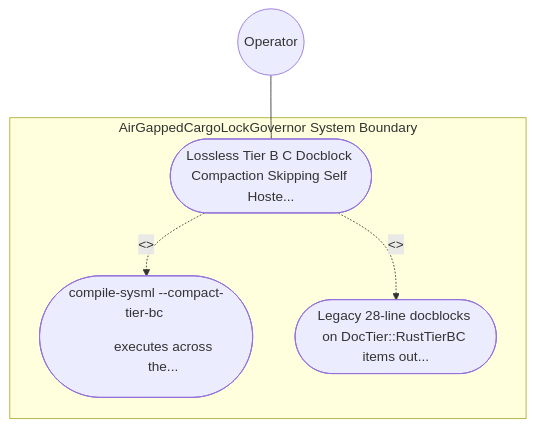
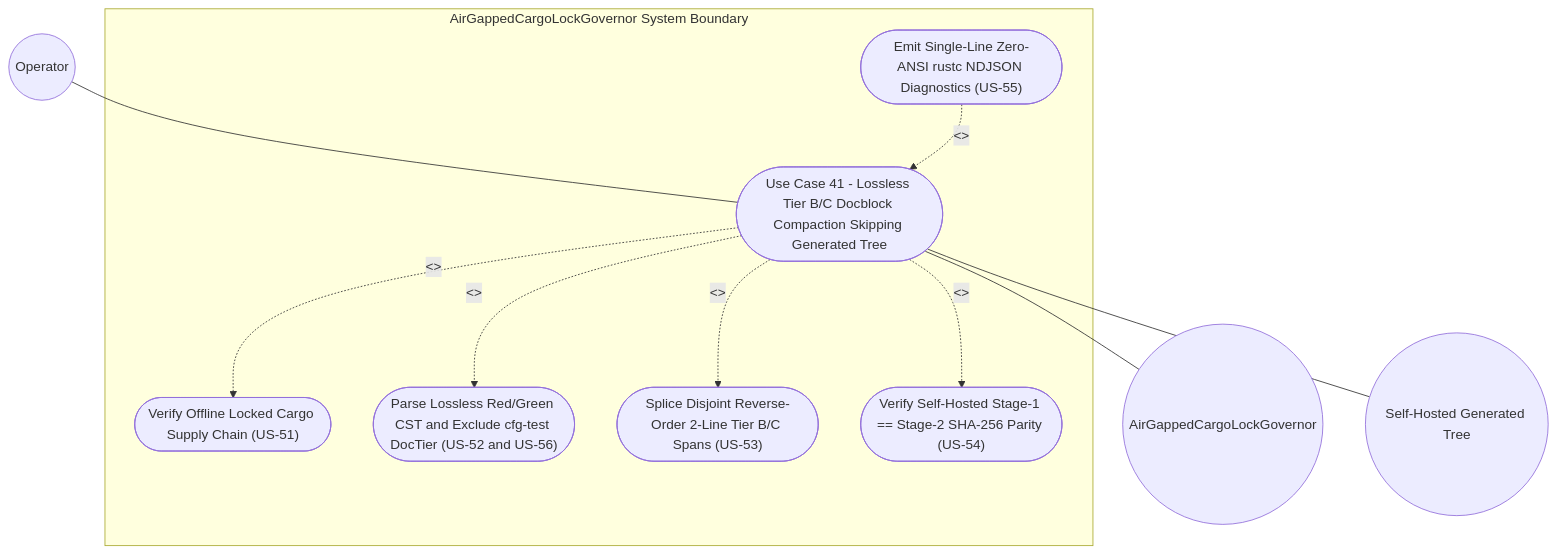
The diagram in .pipeline/upstream/docs/use-cases/UC-41-Lossless_Tier_B_C_Docblock_Compaction_Skipping_Self_Hosted_Generated_Modules.md (gintatkinson/DEAP01-spec-core), drawn with Mermaid before and after one commit. The commit also changed other lines of this file and 3 other files, not shown here.

````diff
--- a/.pipeline/upstream/docs/use-cases/UC-41-Lossless_Tier_B_C_Docblock_Compaction_Skipping_Self_Hosted_Generated_Modules.md
+++ b/.pipeline/upstream/docs/use-cases/UC-41-Lossless_Tier_B_C_Docblock_Compaction_Skipping_Self_Hosted_Generated_Modules.md
@@ -16,11 +22,19 @@
 ```mermaid
 graph TD
     subgraph "AirGappedCargoLockGovernor System Boundary"
-        UC_Main(["Lossless Tier B C Docblock Compaction Skipping Self Hoste..."])
-        UC_Step01(["compile-sysml --compact-tier-bc <DIR> executes across the..."])
-        UC_Step02(["Legacy 28-line docblocks on DocTier::RustTierBC items out..."])
+        UC41(["Use Case 41 - Lossless Tier B/C Docblock Compaction Skipping Generated Tree"])
+        UC_Lock(["Verify Offline Locked Cargo Supply Chain (US-51)"])
+        UC_Scan(["Parse Lossless Red/Green CST and Exclude cfg-test DocTier (US-52 and US-56)"])
+        UC_Splice(["Splice Disjoint Reverse-Order 2-Line Tier B/C Spans (US-53)"])
+        UC_Fixed(["Verify Self-Hosted Stage-1 == Stage-2 SHA-256 Parity (US-54)"])
+        UC_Diag(["Emit Single-Line Zero-ANSI rustc NDJSON Diagnostics (US-55)"])
     end
-    Operator(("Operator")) --- UC_Main
-    UC_Main -. "<<include>>" .-> UC_Step01
-    UC_Main -. "<<include>>" .-> UC_Step02
+    Operator(("Operator")) --- UC41
+    UC41 -. "<<include>>" .-> UC_Lock
+    UC41 -. "<<include>>" .-> UC_Scan
+    UC41 -. "<<include>>" .-> UC_Splice
+    UC41 -. "<<include>>" .-> UC_Fixed
+    UC_Diag -. "<<extend>>" .-> UC41
+    UC41 --- LockGov(("AirGappedCargoLockGovernor"))
+    UC41 --- CodegenTree(("Self-Hosted Generated Tree"))
 ```
````
